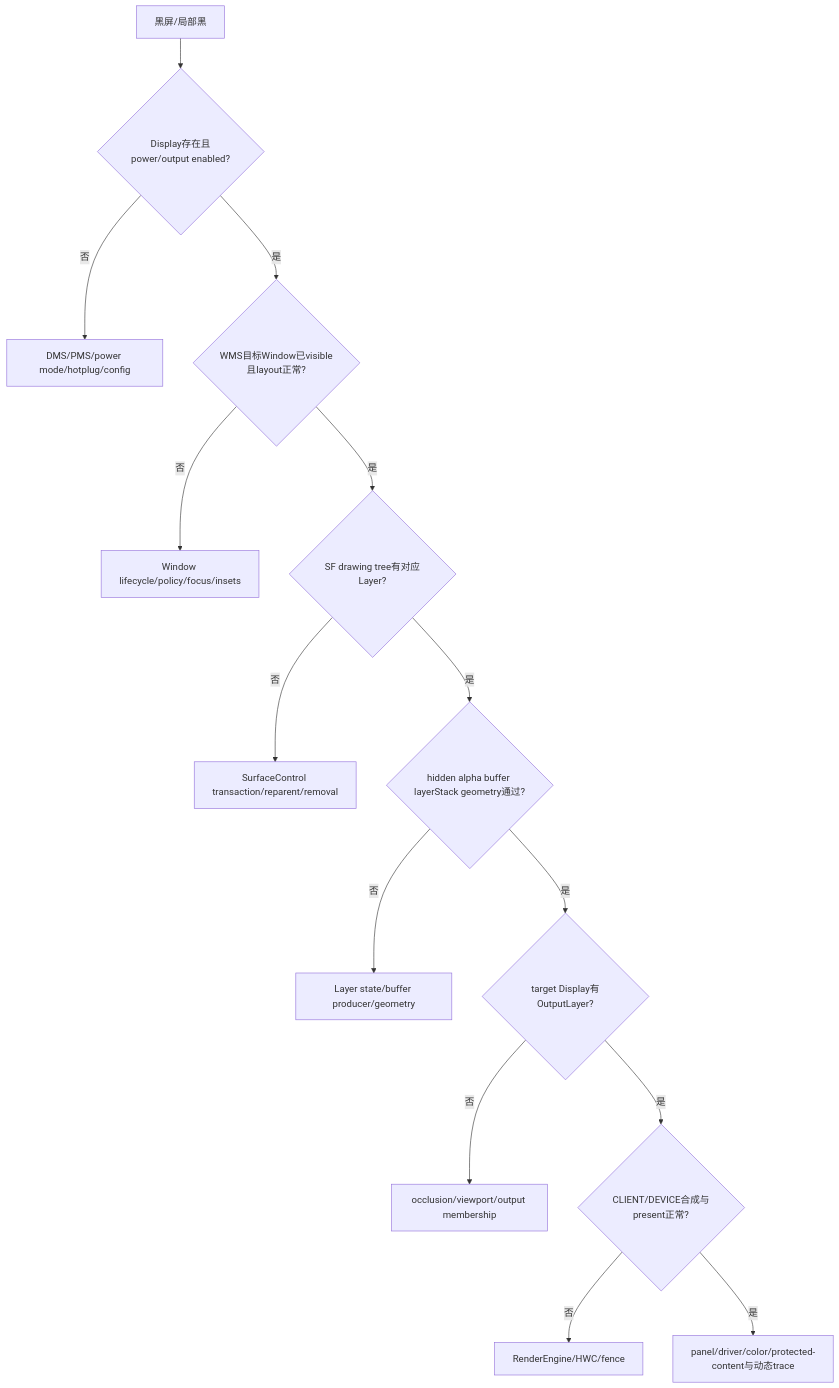
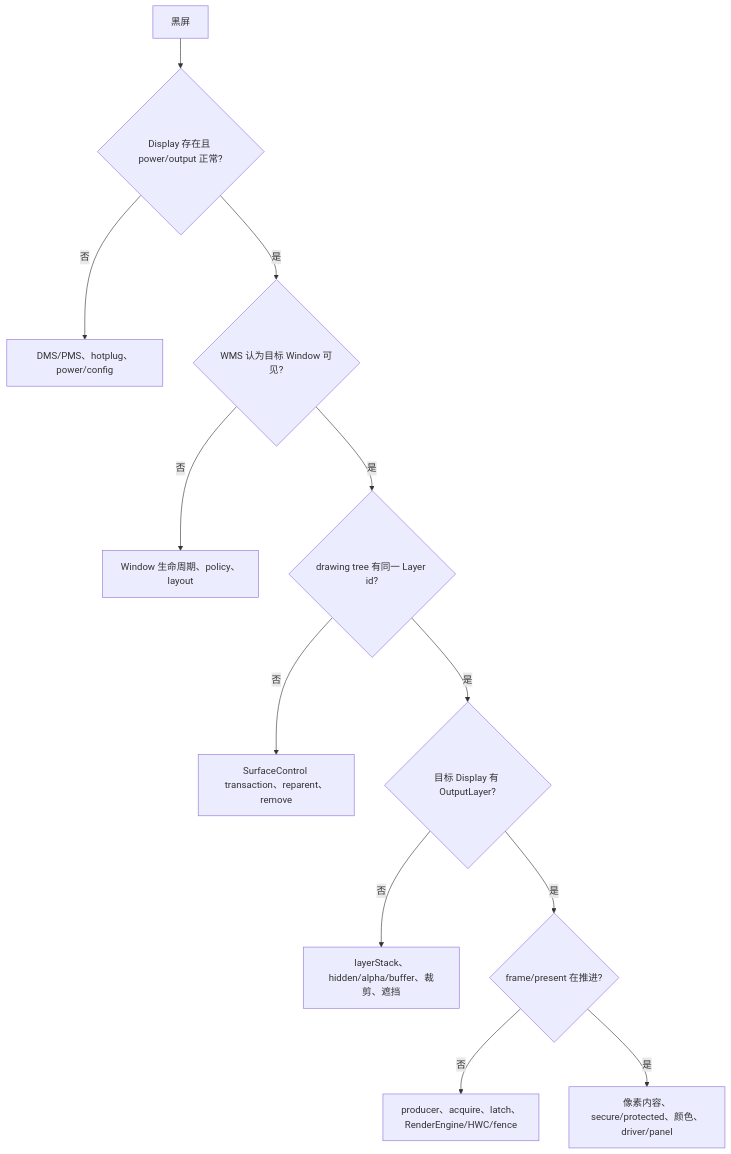
Before and after one commit to junyingzhao001/StudyNotes: the second of 2 diagrams in Android源码学习/170-AndroidSurfaceFlingerdumpLayerProto与显示故障现场.md, drawn with Mermaid. The commit also changed other lines of this file and 30 other files, not shown here.

````diff
--- a/Android源码学习/170-AndroidSurfaceFlingerdumpLayerProto与显示故障现场.md
+++ b/Android源码学习/170-AndroidSurfaceFlingerdumpLayerProto与显示故障现场.md
@@ -1124,16 +647,14 @@
 ```mermaid
 flowchart TD
-    A["黑屏/局部黑"] --> B{"Display存在且power/output enabled?"}
-    B -- "否" --> B1["DMS/PMS/power mode/hotplug/config"]
-    B -- "是" --> C{"WMS目标Window已visible且layout正常?"}
-    C -- "否" --> C1["Window lifecycle/policy/focus/insets"]
-    C -- "是" --> D{"SF drawing tree有对应Layer?"}
-    D -- "否" --> D1["SurfaceControl transaction/reparent/removal"]
-    D -- "是" --> E{"hidden alpha buffer layerStack geometry通过?"}
-    E -- "否" --> E1["Layer state/buffer producer/geometry"]
-    E -- "是" --> F{"target Display有OutputLayer?"}
-    F -- "否" --> F1["occlusion/viewport/output membership"]
-    F -- "是" --> G{"CLIENT/DEVICE合成与present正常?"}
-    G -- "否" --> G1["RenderEngine/HWC/fence"]
-    G -- "是" --> H["panel/driver/color/protected-content与动态trace"]
+    A["黑屏"] --> B{"Display 存在且 power/output 正常?"}
+    B -- "否" --> B1["DMS/PMS、hotplug、power/config"]
+    B -- "是" --> C{"WMS 认为目标 Window 可见?"}
+    C -- "否" --> C1["Window 生命周期、policy、layout"]
+    C -- "是" --> D{"drawing tree 有同一 Layer id?"}
+    D -- "否" --> D1["SurfaceControl transaction、reparent、remove"]
+    D -- "是" --> E{"目标 Display 有 OutputLayer?"}
+    E -- "否" --> E1["layerStack、hidden/alpha/buffer、裁剪、遮挡"]
+    E -- "是" --> F{"frame/present 在推进?"}
+    F -- "否" --> F1["producer、acquire、latch、RenderEngine/HWC/fence"]
+    F -- "是" --> G["像素内容、secure/protected、颜色、driver/panel"]
 ```
````
